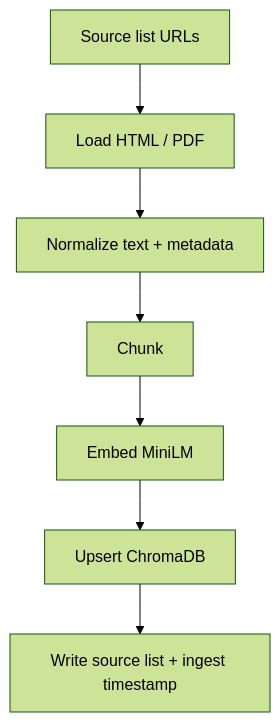
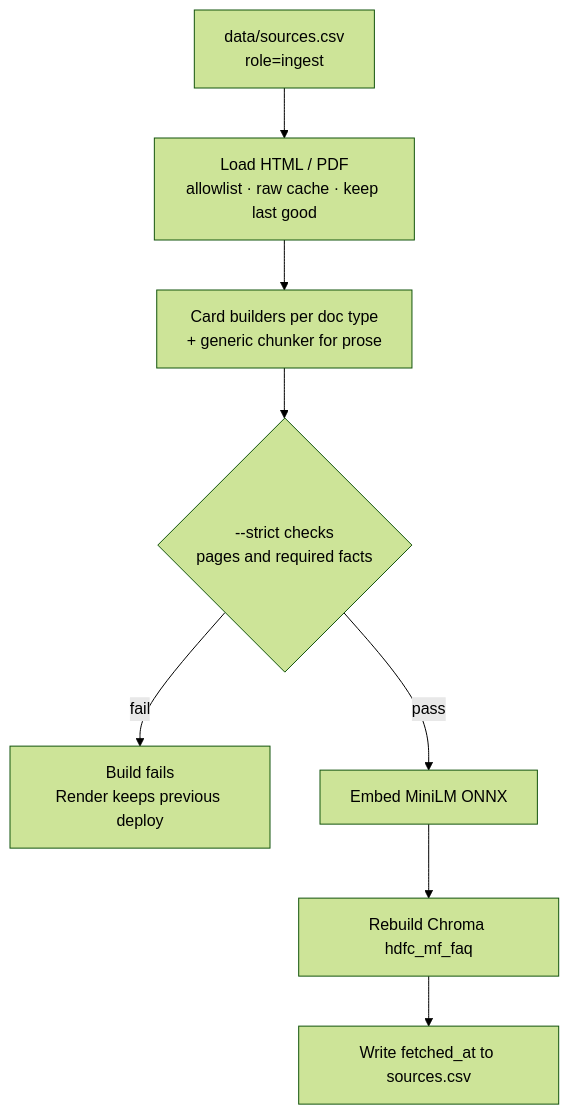
The second of 3 diagrams in docs/architecture.md (ngm76/HDFC-chatbot), drawn with Mermaid (forest theme) before and after one commit. The commit also changed other lines of this file and 5 other files, not shown here.

Commit message:
Align docs with the new PRD (official corpus, PRD rules, v2 architecture)

````diff
--- a/docs/architecture.md
+++ b/docs/architecture.md
@@ -74,9 +98,10 @@
 ```mermaid
 flowchart TD
-  A[Source list URLs] --> B[Load HTML / PDF]
-  B --> C[Normalize text + metadata]
-  C --> D[Chunk]
-  D --> E[Embed MiniLM]
-  E --> F[Upsert ChromaDB]
-  F --> G[Write source list + ingest timestamp]
+  A[data/sources.csv<br/>role=ingest] --> B[Load HTML / PDF<br/>allowlist · raw cache · keep last good]
+  B --> C[Card builders per doc type<br/>+ generic chunker for prose]
+  C --> D{--strict checks<br/>pages and required facts}
+  D -- fail --> X[Build fails<br/>Render keeps previous deploy]
+  D -- pass --> E[Embed MiniLM ONNX]
+  E --> F[Rebuild Chroma hdfc_mf_faq]
+  F --> G[Write fetched_at to sources.csv]
 ```
````
